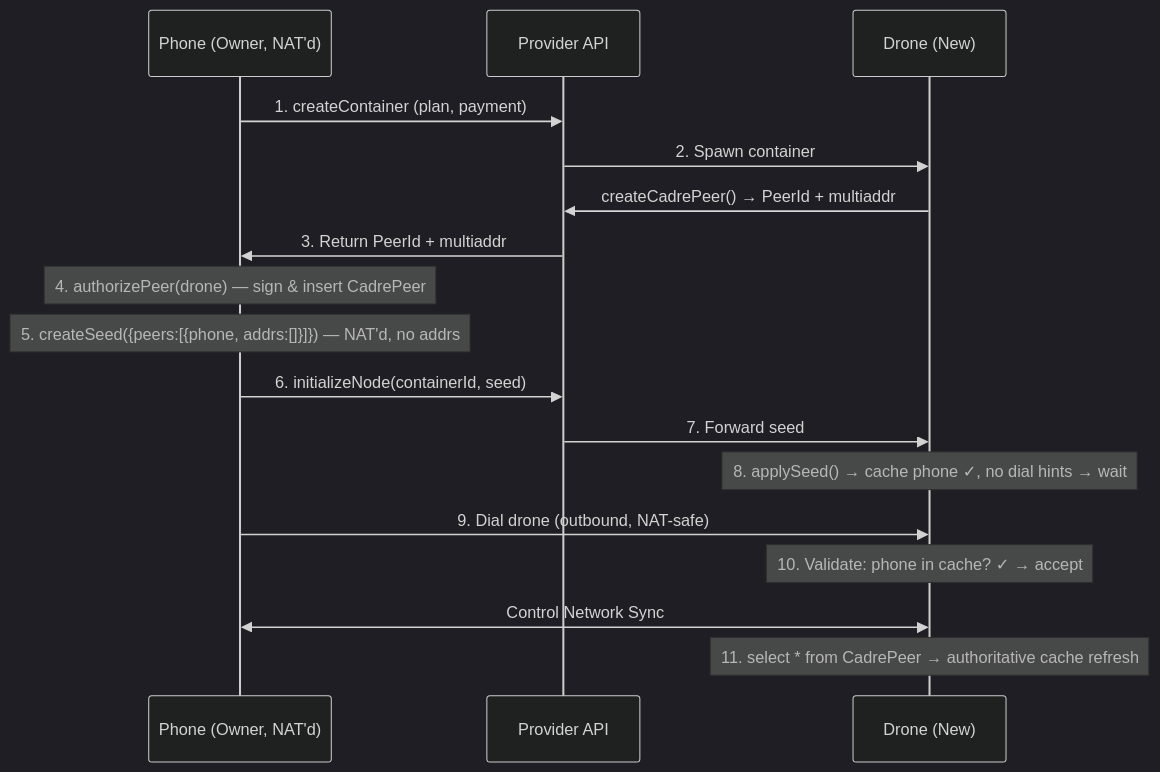
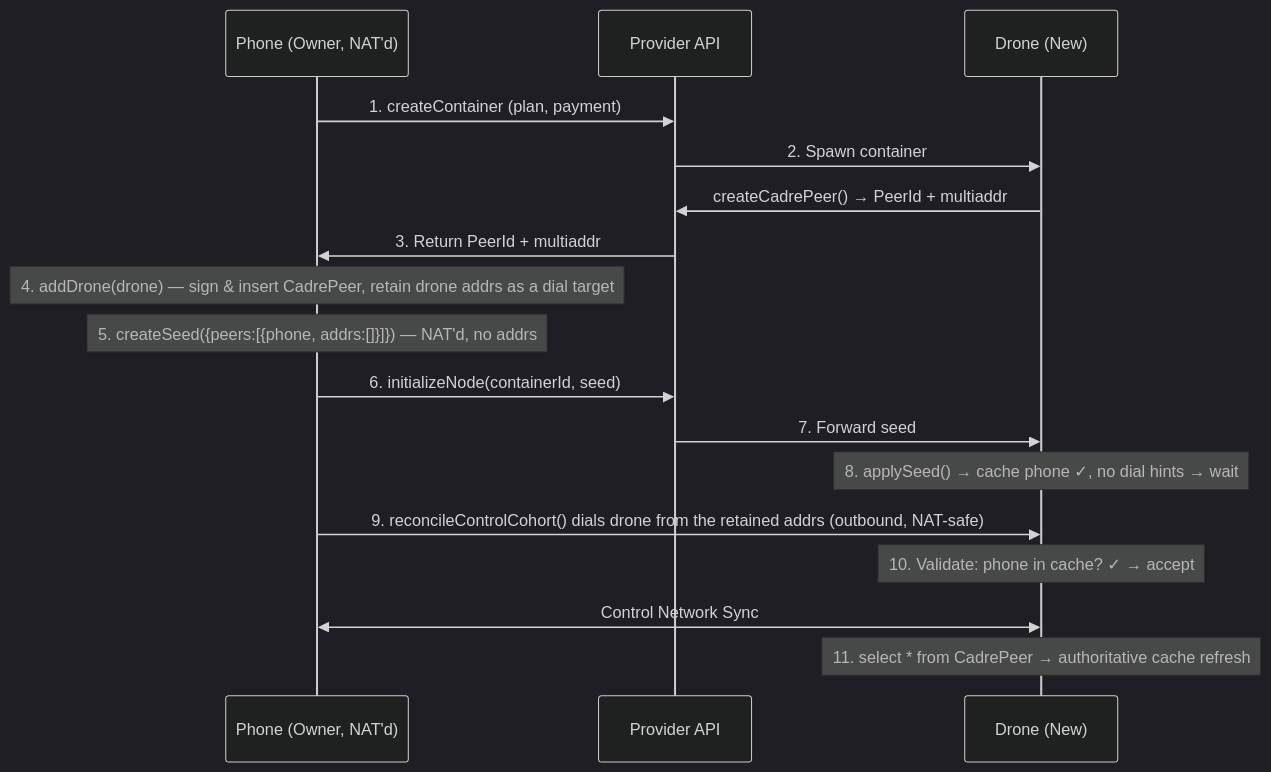
Before and after one commit to gotchoices/sereus: the third of 12 diagrams in docs/architecture.md, drawn with Mermaid (dark theme). The commit also changed other lines of this file and 13 other files, not shown here.

````diff
--- a/docs/architecture.md
+++ b/docs/architecture.md
@@ -248,19 +248,19 @@
 ```mermaid
 sequenceDiagram
     participant Ph as Phone (Owner, NAT'd)
     participant P as Provider API
     participant D as Drone (New)
     Ph->>P: 1. createContainer (plan, payment)
     P->>D: 2. Spawn container
     D->>P: createCadrePeer() → PeerId + multiaddr
     P->>Ph: 3. Return PeerId + multiaddr
-    Note over Ph: 4. authorizePeer(drone) — sign & insert CadrePeer
+    Note over Ph: 4. addDrone(drone) — sign & insert CadrePeer, retain drone addrs as a dial target
     Note over Ph: 5. createSeed({peers:[{phone, addrs:[]}]}) — NAT'd, no addrs
     Ph->>P: 6. initializeNode(containerId, seed)
     P->>D: 7. Forward seed
     Note over D: 8. applySeed() → cache phone ✓, no dial hints → wait
-    Ph->>D: 9. Dial drone (outbound, NAT-safe)
+    Ph->>D: 9. reconcileControlCohort() dials drone from the retained addrs (outbound, NAT-safe)
     Note over D: 10. Validate: phone in cache? ✓ → accept
     Ph<<->>D: Control Network Sync
     Note over D: 11. select * from CadrePeer → authoritative cache refresh
 ```
````
